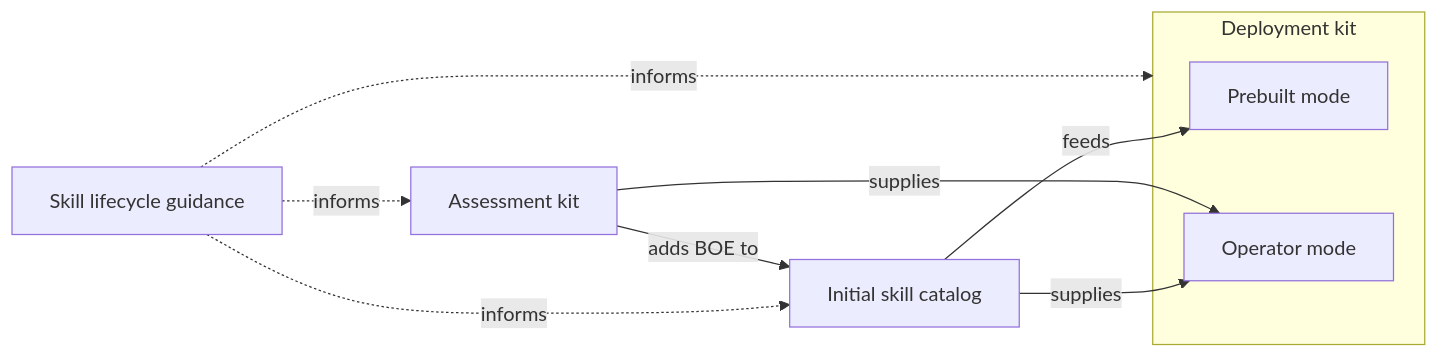
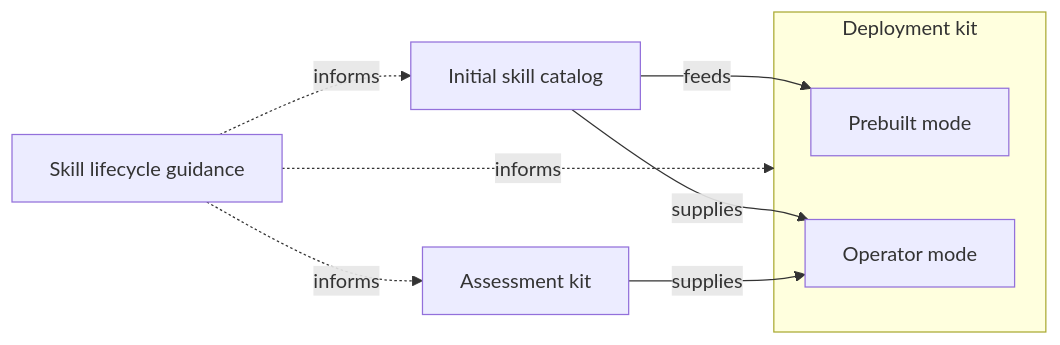
Before and after one commit to Code-dot-mil/SkLC: the diagram in docs/roadmap.md, drawn with Mermaid. The commit also changed other lines of this file and 11 other files, not shown here.

````diff
--- a/docs/roadmap.md
+++ b/docs/roadmap.md
@@ -32,19 +32,18 @@
 ```mermaid
 flowchart LR
   lifecycle["Skill lifecycle guidance"]
   assessment["Assessment kit"]
   catalog["Initial skill catalog"]
 
   subgraph deployment["Deployment kit"]
     prebuilt["Prebuilt mode"]
     operator["Operator mode"]
   end
 
   lifecycle -. "informs" .-> assessment
   lifecycle -. "informs" .-> catalog
   lifecycle -. "informs" .-> deployment
-  assessment -->|"adds BOE to"| catalog
   catalog -->|"feeds"| prebuilt
   catalog -->|"supplies"| operator
   assessment -->|"supplies"| operator
 ```
````
